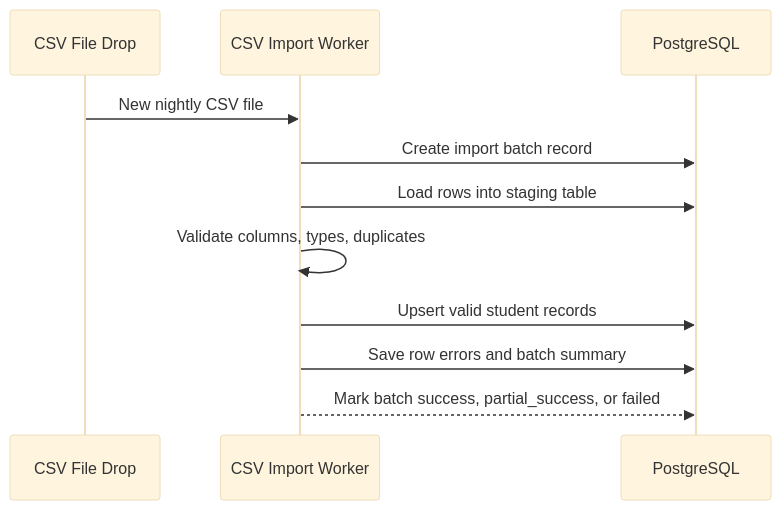
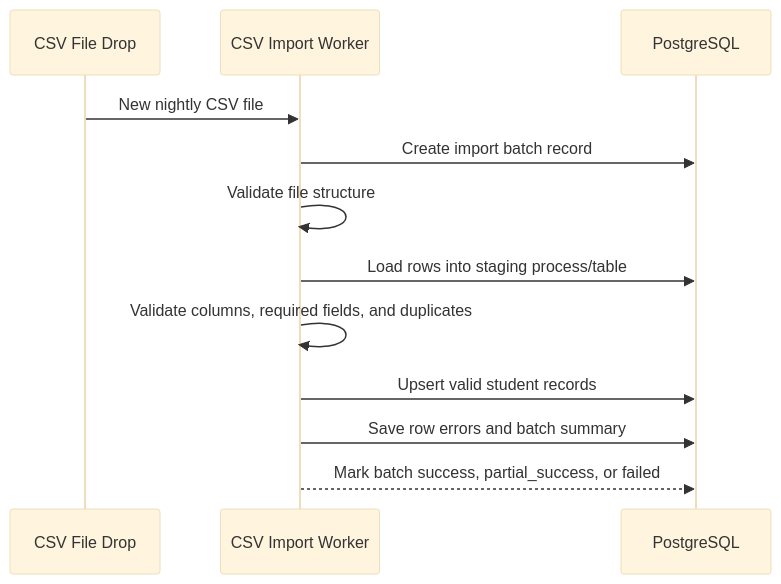
The sixth of 6 diagrams in blueprint/design.md (NguyenThanhTien539/unihub-workshop-system), drawn with Mermaid (base theme) before and after one commit. The commit also changed other lines of this file and 8 other files, not shown here.

````diff
--- a/blueprint/design.md
+++ b/blueprint/design.md
@@ -499,14 +424,15 @@
 ```mermaid
 sequenceDiagram
     participant File as CSV File Drop
     participant W as CSV Import Worker
     participant DB as PostgreSQL
 
     File->>W: New nightly CSV file
     W->>DB: Create import batch record
-    W->>DB: Load rows into staging table
-    W->>W: Validate columns, types, duplicates
+    W->>W: Validate file structure
+    W->>DB: Load rows into staging process/table
+    W->>W: Validate columns, required fields, and duplicates
     W->>DB: Upsert valid student records
     W->>DB: Save row errors and batch summary
     W-->>DB: Mark batch success, partial_success, or failed
 ```
````
